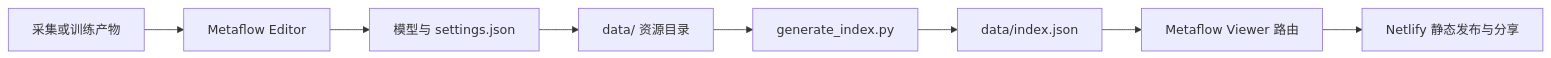
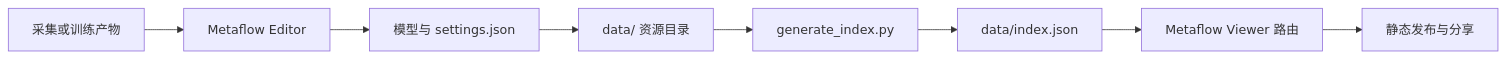
Before and after one commit to Shuang-su/Metaflow: the diagram in docs/getting-started/overview.md, drawn with Mermaid. The commit also changed other lines of this file and 3 other files, not shown here.

````diff
--- a/docs/getting-started/overview.md
+++ b/docs/getting-started/overview.md
@@ -7,10 +32,10 @@
 ```mermaid
 flowchart LR
     A["采集或训练产物"] --> B["Metaflow Editor"]
     B --> C["模型与 settings.json"]
     C --> D["data/ 资源目录"]
     D --> E["generate_index.py"]
     E --> F["data/index.json"]
     F --> G["Metaflow Viewer 路由"]
-    G --> H["Netlify 静态发布与分享"]
+    G --> H["静态发布与分享"]
 ```
````
